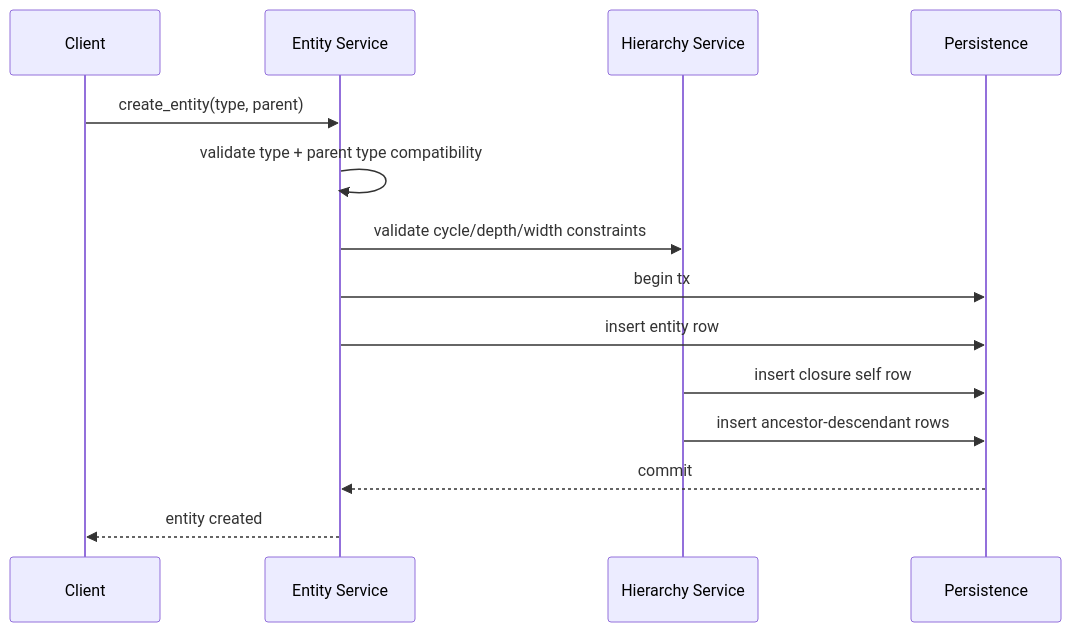
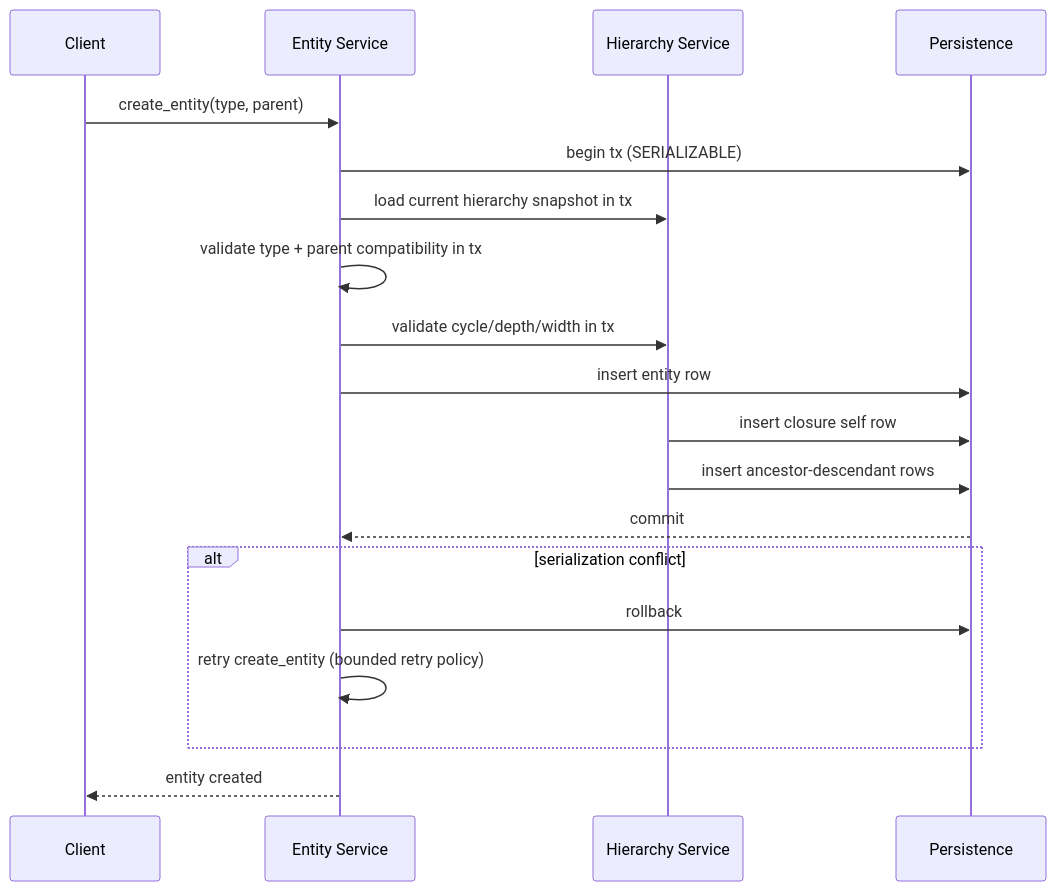
Before and after one commit to ffedoroff/cyberfabric-core: the second of 4 diagrams in modules/system/resource-group/docs/DESIGN.md, drawn with Mermaid. The commit also changed other lines of this file and 1 other file, not shown here.

````diff
--- a/modules/system/resource-group/docs/DESIGN.md
+++ b/modules/system/resource-group/docs/DESIGN.md
@@ -600,17 +600,22 @@
 ```mermaid
 sequenceDiagram
     participant CL as Client
     participant ES as Entity Service
     participant HS as Hierarchy Service
     participant DB as Persistence
 
     CL->>ES: create_entity(type, parent)
-    ES->>ES: validate type + parent type compatibility
-    ES->>HS: validate cycle/depth/width constraints
-    ES->>DB: begin tx
+    ES->>DB: begin tx (SERIALIZABLE)
+    ES->>HS: load current hierarchy snapshot in tx
+    ES->>ES: validate type + parent compatibility in tx
+    ES->>HS: validate cycle/depth/width in tx
     ES->>DB: insert entity row
     HS->>DB: insert closure self row
     HS->>DB: insert ancestor-descendant rows
     DB-->>ES: commit
+    alt serialization conflict
+        ES->>DB: rollback
+        ES->>ES: retry create_entity (bounded retry policy)
+    end
     ES-->>CL: entity created
 ```
````
